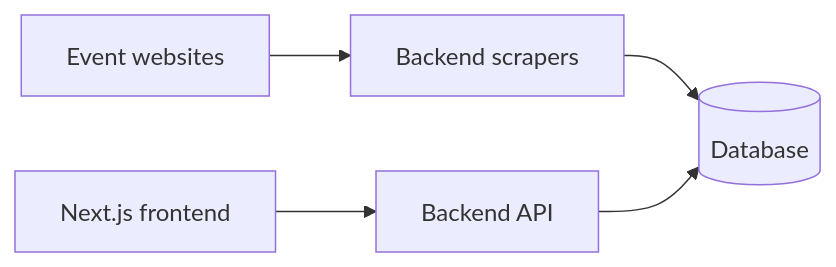
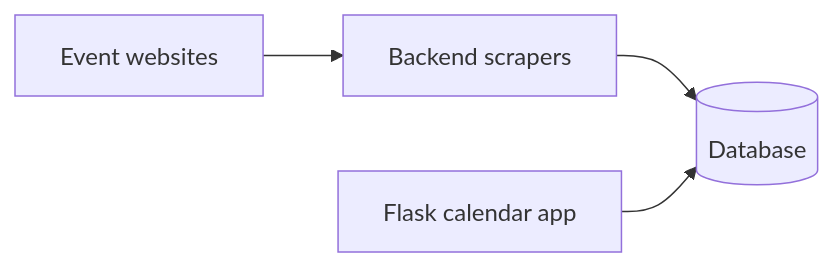
The diagram in README.md (gbs-hk/hk-event-time), drawn with Mermaid before and after one commit. The commit also changed other lines of this file and 91 other files, not shown here.

````diff
--- a/README.md
+++ b/README.md
@@ -48,7 +39,6 @@
 ```mermaid
 flowchart LR
   Sites["Event websites"] --> Scraper["Backend scrapers"]
   Scraper --> DB[("Database")]
-  Frontend["Next.js frontend"] --> API["Backend API"]
-  API --> DB
+  Flask["Flask calendar app"] --> DB
 ```
````
